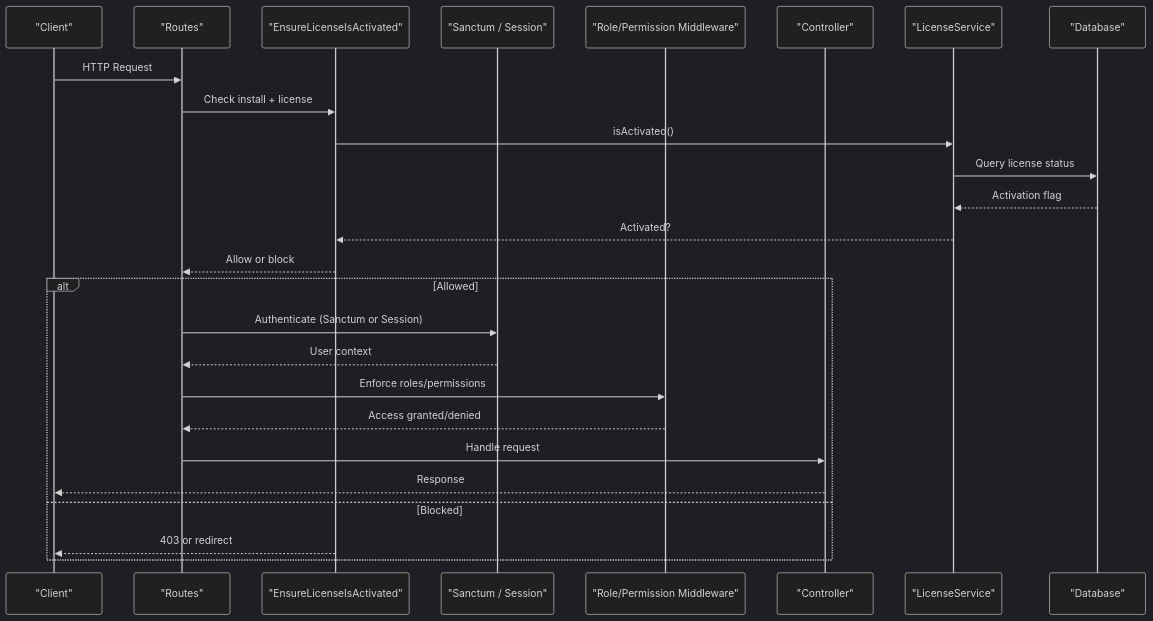
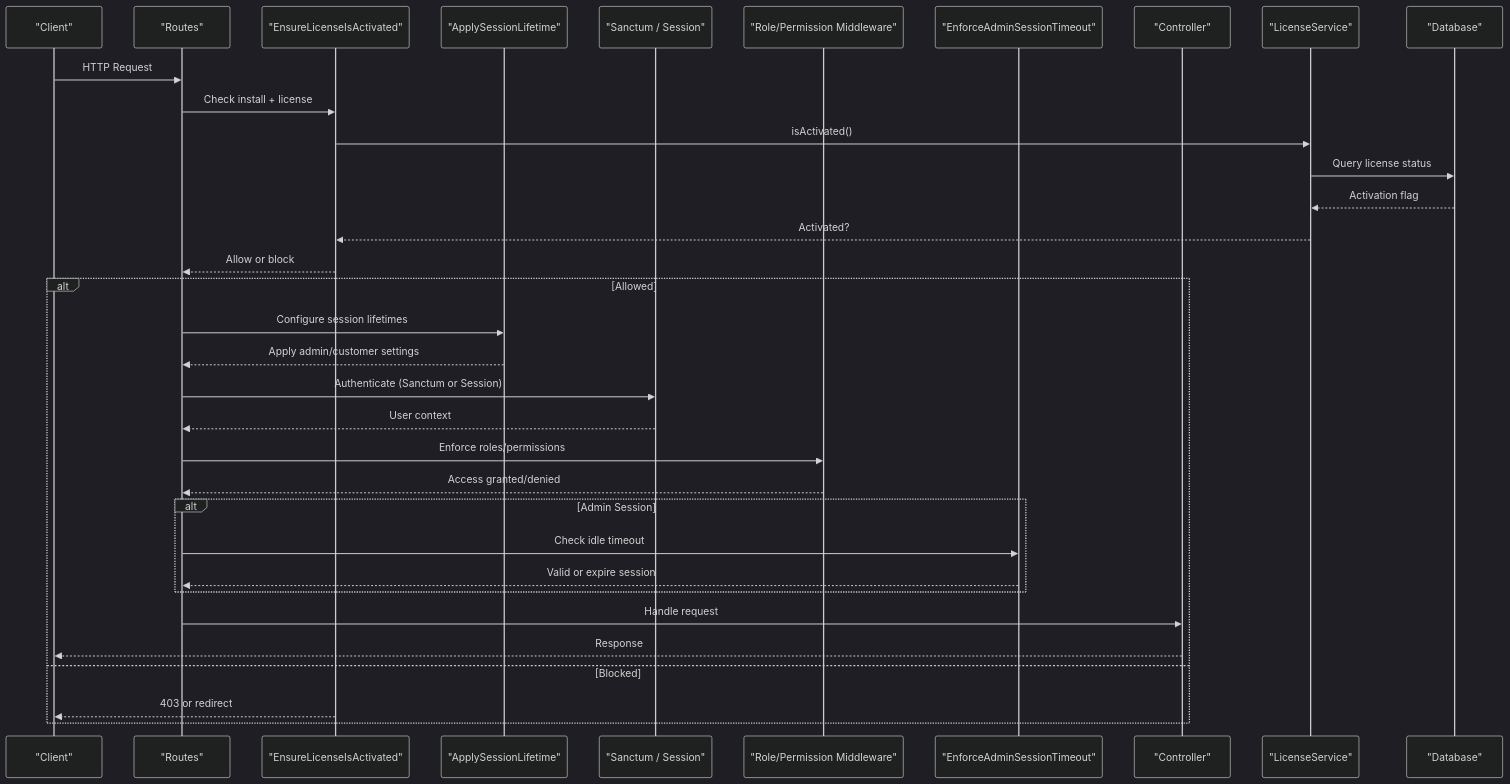
One commit to mahbub095/bus-app changed the second of 11 diagrams in .qoder/repowiki/en/content/Security Implementation/Security Implementation.md. Above: the diagram before and after it, drawn with Mermaid (dark theme). The commit also changed other lines of this file and 130 other files, not shown here.

````diff
--- a/.qoder/repowiki/en/content/Security Implementation/Security Implementation.md
+++ b/.qoder/repowiki/en/content/Security Implementation/Security Implementation.md
@@ -157,28 +196,36 @@
 ```mermaid
 sequenceDiagram
 participant Client as "Client"
 participant Routes as "Routes"
 participant LicenseGate as "EnsureLicenseIsActivated"
+participant SessionConfig as "ApplySessionLifetime"
 participant Auth as "Sanctum / Session"
 participant RBAC as "Role/Permission Middleware"
+participant TimeoutCheck as "EnforceAdminSessionTimeout"
 participant Controller as "Controller"
 participant Service as "LicenseService"
 participant DB as "Database"
 Client->>Routes : HTTP Request
 Routes->>LicenseGate : Check install + license
 LicenseGate->>Service : isActivated()
 Service->>DB : Query license status
 DB-->>Service : Activation flag
 Service-->>LicenseGate : Activated?
 LicenseGate-->>Routes : Allow or block
 alt Allowed
+Routes->>SessionConfig : Configure session lifetimes
+SessionConfig-->>Routes : Apply admin/customer settings
 Routes->>Auth : Authenticate (Sanctum or Session)
 Auth-->>Routes : User context
 Routes->>RBAC : Enforce roles/permissions
 RBAC-->>Routes : Access granted/denied
+alt Admin Session
+Routes->>TimeoutCheck : Check idle timeout
+TimeoutCheck-->>Routes : Valid or expire session
+end
 Routes->>Controller : Handle request
 Controller-->>Client : Response
 else Blocked
 LicenseGate-->>Client : 403 or redirect
 end
 ```
````
